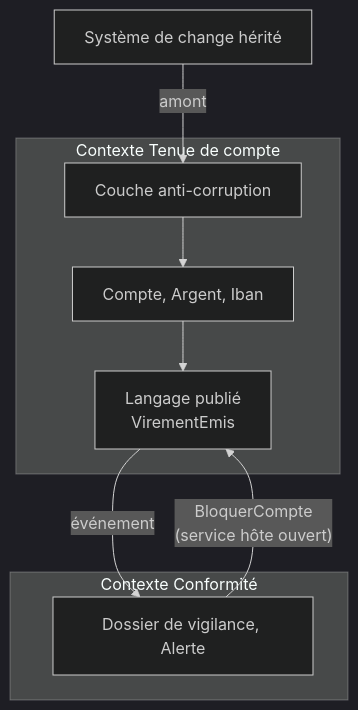
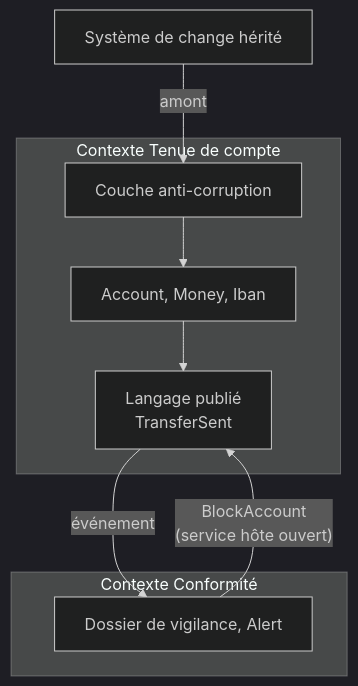
Before and after one commit to drangoht/ArchitecturesDemo: the diagram in Docs/fiches/11-ddd.md, drawn with Mermaid (dark theme). The commit also changed other lines of this file and 70 other files, not shown here.

Commit message:
Docs FR : identifiants, liens, diagrammes et sorties alignés sur le code anglais

````diff
--- a/Docs/fiches/11-ddd.md
+++ b/Docs/fiches/11-ddd.md
@@ -10,12 +10,12 @@
 ```mermaid
 flowchart TB
     H["Système de change hérité"] -->|amont| ACL["Couche anti-corruption"]
     subgraph TDC["Contexte Tenue de compte"]
-        ACL --> Dom["Compte, Argent, Iban"] --> PL["Langage publié<br/>VirementEmis"]
+        ACL --> Dom["Account, Money, Iban"] --> PL["Langage publié<br/>TransferSent"]
     end
     subgraph CONF["Contexte Conformité"]
-        S["Dossier de vigilance, Alerte"]
+        S["Dossier de vigilance, Alert"]
     end
     PL -->|événement| S
-    S -->|"BloquerCompte<br/>(service hôte ouvert)"| PL
+    S -->|"BlockAccount<br/>(service hôte ouvert)"| PL
 ```
````
